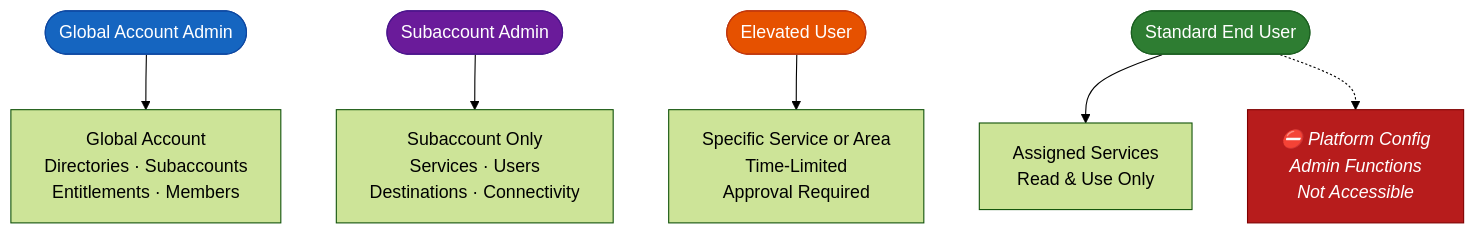
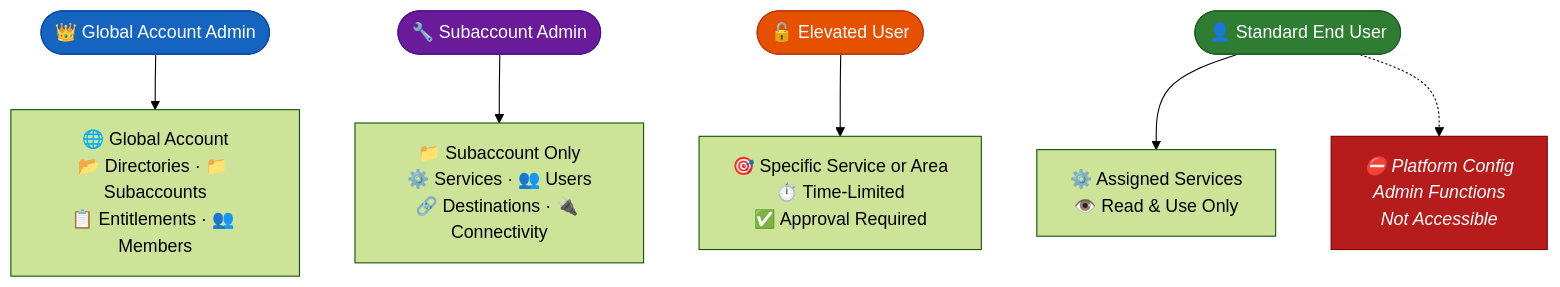
One commit to bhargavach/timeteam changed the sixth of 6 diagrams in BTP-Traffic-Flow-Diagrams.md. Above: the diagram before and after it, drawn with Mermaid (forest theme). The commit also changed other lines of this file, not shown here.

````diff
--- a/BTP-Traffic-Flow-Diagrams.md
+++ b/BTP-Traffic-Flow-Diagrams.md
@@ -148,31 +149,31 @@
 ```mermaid
 flowchart TD
     classDef ga    fill:#1565C0,color:#fff,stroke:#0D47A1
     classDef sa    fill:#6A1B9A,color:#fff,stroke:#4A148C
     classDef elev  fill:#E65100,color:#fff,stroke:#BF360C
     classDef std   fill:#2E7D32,color:#fff,stroke:#1B5E20
     classDef block fill:#B71C1C,color:#fff,stroke:#7F0000,font-style:italic
 
-    GA(["Global Account Admin"])
-    SA_A(["Subaccount Admin"])
-    ELEV(["Elevated User"])
-    STD(["Standard End User"])
+    GA(["👑 Global Account Admin"])
+    SA_A(["🔧 Subaccount Admin"])
+    ELEV(["🔓 Elevated User"])
+    STD(["👤 Standard End User"])
 
-    GA_SVC["Global Account\nDirectories · Subaccounts\nEntitlements · Members"]
-    SA_SVC["Subaccount Only\nServices · Users\nDestinations · Connectivity"]
-    ELEV_SVC["Specific Service or Area\nTime-Limited\nApproval Required"]
-    STD_SVC["Assigned Services\nRead & Use Only"]
+    GA_SVC["🌐 Global Account\n📂 Directories · 📁 Subaccounts\n📋 Entitlements · 👥 Members"]
+    SA_SVC["📁 Subaccount Only\n⚙️ Services · 👥 Users\n🔗 Destinations · 🔌 Connectivity"]
+    ELEV_SVC["🎯 Specific Service or Area\n⏱️ Time-Limited\n✅ Approval Required"]
+    STD_SVC["⚙️ Assigned Services\n👁️ Read & Use Only"]
     BLOCKED["⛔ Platform Config\nAdmin Functions\nNot Accessible"]
 
     GA --> GA_SVC
     SA_A --> SA_SVC
     ELEV --> ELEV_SVC
     STD --> STD_SVC
     STD -.-> BLOCKED
 
     class GA ga
     class SA_A sa
     class ELEV elev
     class STD std
     class BLOCKED block
 ```
````
